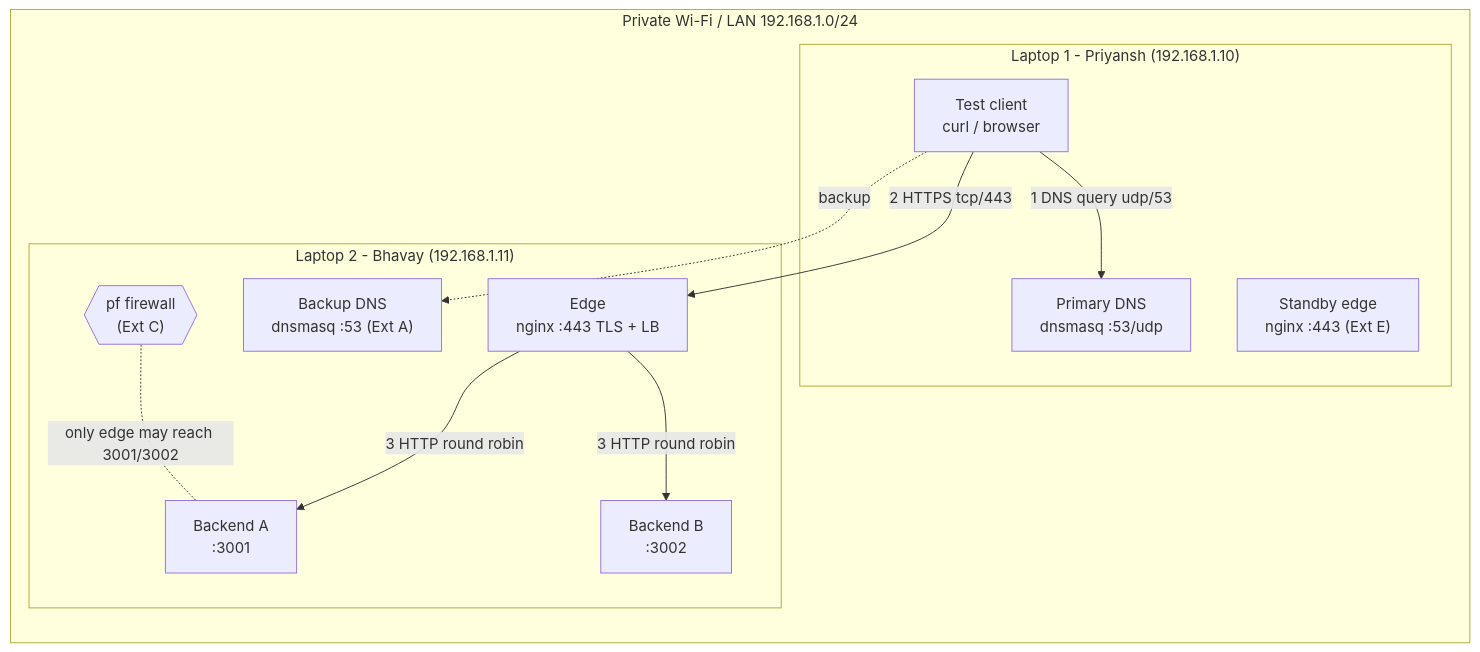
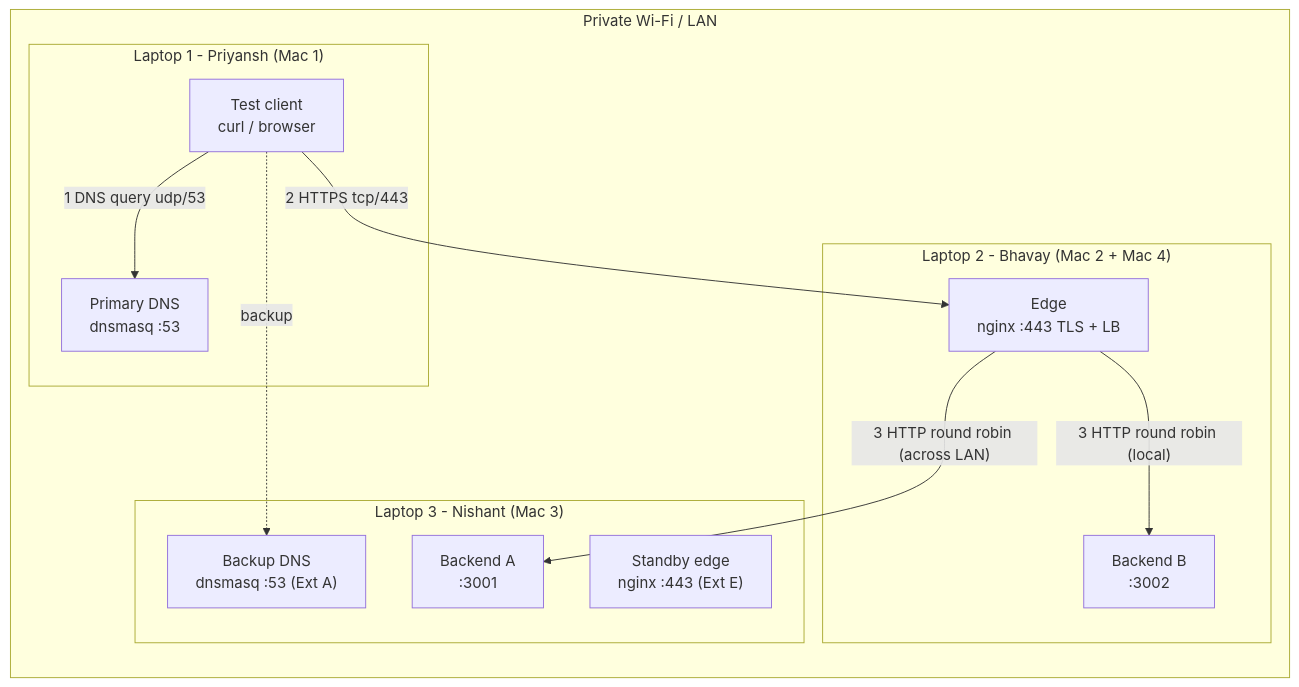
Before and after one commit to couchpotato027/cn-project: the diagram in docs/ARCHITECTURE.md, drawn with Mermaid. The commit also changed other lines of this file and 9 other files, not shown here.

First line of the commit message:
Re-split roles for 3 members (Priyansh, Bhavay, Nishant)

````diff
--- a/docs/ARCHITECTURE.md
+++ b/docs/ARCHITECTURE.md
@@ -7,23 +7,23 @@
 ```mermaid
 flowchart LR
-  subgraph LAN["Private Wi-Fi / LAN  192.168.1.0/24"]
-    subgraph L1["Laptop 1 - Priyansh  (192.168.1.10)"]
+  subgraph LAN["Private Wi-Fi / LAN"]
+    subgraph L1["Laptop 1 - Priyansh (Mac 1)"]
       C["Test client\ncurl / browser"]
-      D1["Primary DNS\ndnsmasq :53/udp"]
+      D1["Primary DNS\ndnsmasq :53"]
+    end
+    subgraph L2["Laptop 2 - Bhavay (Mac 2 + Mac 4)"]
+      E["Edge\nnginx :443 TLS + LB"]
+      B["Backend B\n:3002"]
+    end
+    subgraph L3["Laptop 3 - Nishant (Mac 3)"]
+      A["Backend A\n:3001"]
+      D2["Backup DNS\ndnsmasq :53 (Ext A)"]
       S["Standby edge\nnginx :443 (Ext E)"]
     end
-    subgraph L2["Laptop 2 - Bhavay  (192.168.1.11)"]
-      E["Edge\nnginx :443 TLS + LB"]
-      A["Backend A\n:3001"]
-      B["Backend B\n:3002"]
-      D2["Backup DNS\ndnsmasq :53 (Ext A)"]
-      FW{{"pf firewall\n(Ext C)"}}
-    end
   end
-  C -- "1 DNS query  udp/53" --> D1
+  C -- "1 DNS query udp/53" --> D1
   C -. "backup" .-> D2
-  C -- "2 HTTPS  tcp/443" --> E
-  E -- "3 HTTP round robin" --> A
-  E -- "3 HTTP round robin" --> B
-  FW -. "only edge may reach 3001/3002" .- A
+  C -- "2 HTTPS tcp/443" --> E
+  E -- "3 HTTP round robin (across LAN)" --> A
+  E -- "3 HTTP round robin (local)" --> B
 ```
````
